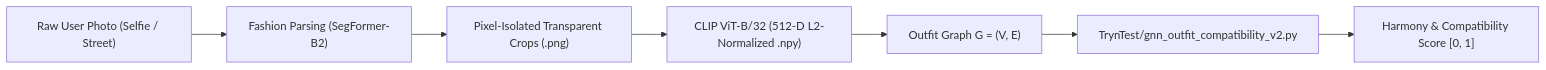
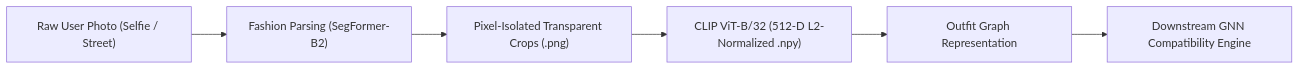
One commit to bugsNburgers/AI-based-personal-stylist changed the diagram in README.md. Above: the diagram before and after it, drawn with Mermaid. The commit also changed other lines of this file and 7 other files, not shown here.

Commit message:
chore(docs): keep documentation in Docs/ and real_image_pipeline/, remove obsolete TrynTest folder

````diff
--- a/README.md
+++ b/README.md
@@ -9,9 +9,8 @@
 ```mermaid
 flowchart LR
     A["Raw User Photo (Selfie / Street)"] --> B["Fashion Parsing (SegFormer-B2)"]
     B --> C["Pixel-Isolated Transparent Crops (.png)"]
     C --> D["CLIP ViT-B/32 (512-D L2-Normalized .npy)"]
-    D --> E["Outfit Graph G = (V, E)"]
-    E --> F["TrynTest/gnn_outfit_compatibility_v2.py"]
-    F --> G["Harmony & Compatibility Score [0, 1]"]
+    D --> E["Outfit Graph Representation"]
+    E --> F["Downstream GNN Compatibility Engine"]
 ```
````
